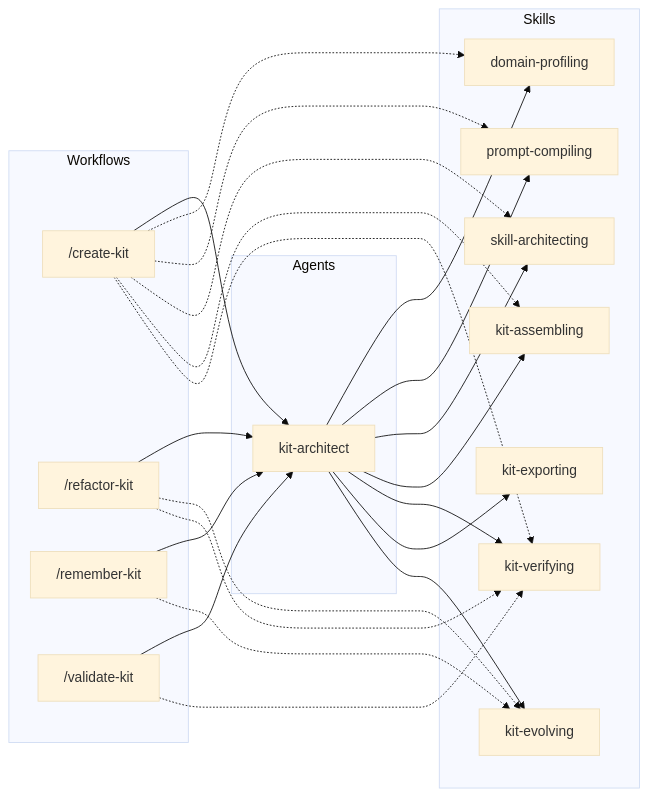
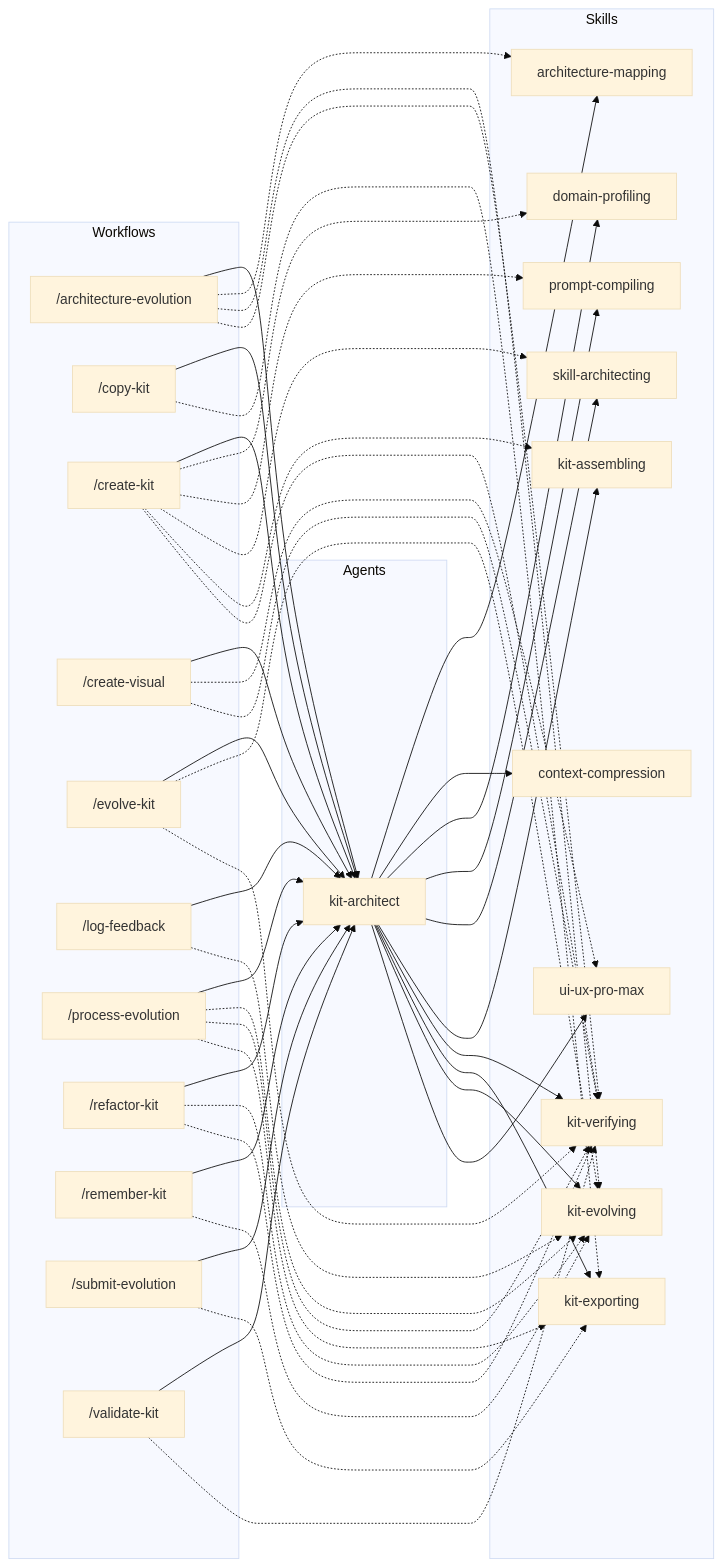
The diagram in .agents/DEPENDENCY_GRAPH.md (thelightinker/Agent-Kit-Builder), drawn with Mermaid (base theme) before and after one commit. The commit also changed other lines of this file and 3 other files, not shown here.

Commit message:
chore(registry): recompile manifest and dependency graph after filesystem contract upgrade

````diff
--- a/.agents/DEPENDENCY_GRAPH.md
+++ b/.agents/DEPENDENCY_GRAPH.md
@@ -7,41 +7,74 @@
 ```mermaid
 flowchart LR
   subgraph Workflows
+    W_architecture_evolution["/architecture-evolution"]
+    W_copy_kit["/copy-kit"]
     W_create_kit["/create-kit"]
+    W_create_visual["/create-visual"]
+    W_evolve_kit["/evolve-kit"]
+    W_log_feedback["/log-feedback"]
+    W_process_evolution["/process-evolution"]
     W_refactor_kit["/refactor-kit"]
     W_remember_kit["/remember-kit"]
+    W_submit_evolution["/submit-evolution"]
     W_validate_kit["/validate-kit"]
   end
   subgraph Agents
     A_kit_architect["kit-architect"]
   end
   subgraph Skills
+    S_architecture_mapping["architecture-mapping"]
+    S_context_compression["context-compression"]
     S_domain_profiling["domain-profiling"]
     S_kit_assembling["kit-assembling"]
     S_kit_evolving["kit-evolving"]
     S_kit_exporting["kit-exporting"]
     S_kit_verifying["kit-verifying"]
     S_prompt_compiling["prompt-compiling"]
     S_skill_architecting["skill-architecting"]
+    S_ui_ux_pro_max["ui-ux-pro-max"]
   end
+  W_architecture_evolution --> A_kit_architect
+  W_architecture_evolution -.-> S_architecture_mapping
+  W_architecture_evolution -.-> S_kit_evolving
+  W_architecture_evolution -.-> S_kit_verifying
+  W_copy_kit --> A_kit_architect
+  W_copy_kit -.-> S_kit_exporting
   W_create_kit --> A_kit_architect
   W_create_kit -.-> S_domain_profiling
   W_create_kit -.-> S_prompt_compiling
   W_create_kit -.-> S_skill_architecting
   W_create_kit -.-> S_kit_assembling
   W_create_kit -.-> S_kit_verifying
+  W_create_visual --> A_kit_architect
+  W_create_visual -.-> S_ui_ux_pro_max
+  W_create_visual -.-> S_kit_verifying
+  W_evolve_kit --> A_kit_architect
+  W_evolve_kit -.-> S_kit_evolving
+  W_evolve_kit -.-> S_kit_verifying
+  W_log_feedback --> A_kit_architect
+  W_log_feedback -.-> S_kit_evolving
+  W_process_evolution --> A_kit_architect
+  W_process_evolution -.-> S_kit_evolving
+  W_process_evolution -.-> S_kit_verifying
+  W_process_evolution -.-> S_kit_exporting
   W_refactor_kit --> A_kit_architect
   W_refactor_kit -.-> S_kit_evolving
   W_refactor_kit -.-> S_kit_verifying
   W_remember_kit --> A_kit_architect
   W_remember_kit -.-> S_kit_evolving
+  W_submit_evolution --> A_kit_architect
+  W_submit_evolution -.-> S_kit_exporting
   W_validate_kit --> A_kit_architect
   W_validate_kit -.-> S_kit_verifying
+  A_kit_architect --> S_architecture_mapping
+  A_kit_architect --> S_context_compression
   A_kit_architect --> S_domain_profiling
   A_kit_architect --> S_prompt_compiling
   A_kit_architect --> S_skill_architecting
   A_kit_architect --> S_kit_assembling
   A_kit_architect --> S_kit_verifying
   A_kit_architect --> S_kit_exporting
   A_kit_architect --> S_kit_evolving
+  A_kit_architect --> S_ui_ux_pro_max
 ```
````
